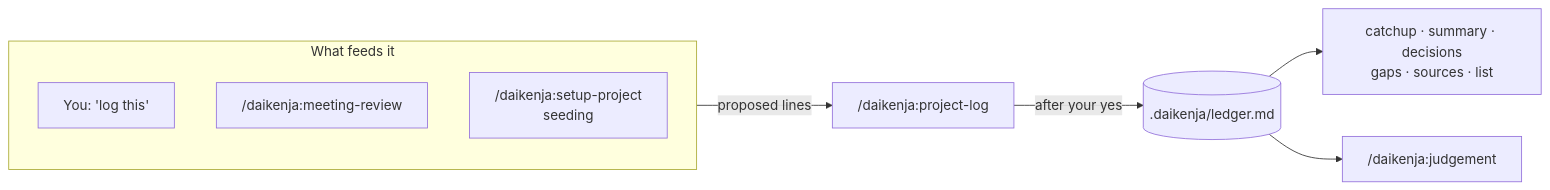
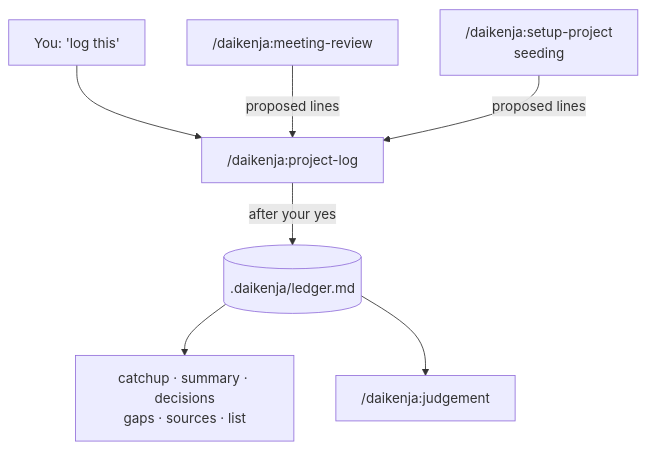
Before and after one commit to by-carlos/daikenja: the diagram in docs/guide/ledger.md, drawn with Mermaid.

Commit message:
docs(guide): draw the ledger flow top to bottom so it reads at page width

````diff
--- a/docs/guide/ledger.md
+++ b/docs/guide/ledger.md
@@ -10,12 +10,9 @@
 ```mermaid
-flowchart LR
-    subgraph In[What feeds it]
-        Y[You: 'log this']
-        M["/daikenja:meeting-review"]
-        S["/daikenja:setup-project<br/>seeding"]
-    end
-    In -->|proposed lines| L["/daikenja:project-log"]
-    L -->|after your yes| F[(.daikenja/ledger.md)]
-    F --> R[catchup · summary · decisions<br/>gaps · sources · list]
+flowchart TB
+    Y["You: 'log this'"] --> L
+    M["/daikenja:meeting-review"] -->|proposed lines| L
+    S["/daikenja:setup-project<br/>seeding"] -->|proposed lines| L
+    L["/daikenja:project-log"] -->|after your yes| F[(.daikenja/ledger.md)]
+    F --> R["catchup · summary · decisions<br/>gaps · sources · list"]
     F --> J["/daikenja:judgement"]
 ```
````
